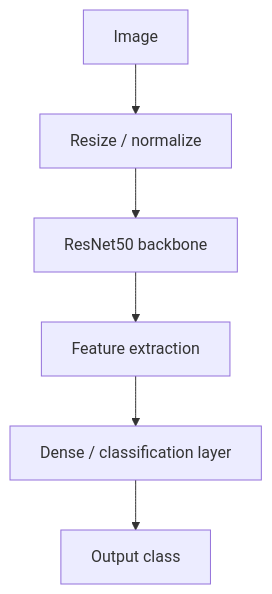
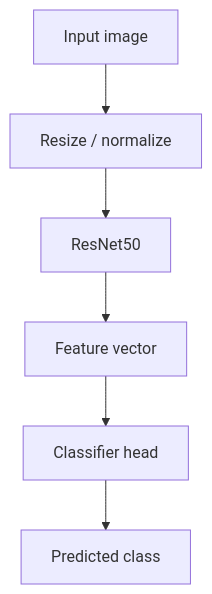
The third of 3 diagrams in README.md (prasannanjaneyreddychalla/monolayerfff-resnet50), drawn with Mermaid before and after one commit. The commit also changed other lines of this file, not shown here.

````diff
--- a/README.md
+++ b/README.md
@@ -40,8 +87,8 @@
 ```mermaid
 graph TD
-    A[Image] --> B[Resize / normalize]
-    B --> C[ResNet50 backbone]
-    C --> D[Feature extraction]
-    D --> E[Dense / classification layer]
-    E --> F[Output class]
+    A[Input image] --> B[Resize / normalize]
+    B --> C[ResNet50]
+    C --> D[Feature vector]
+    D --> E[Classifier head]
+    E --> F[Predicted class]
 ```
````
